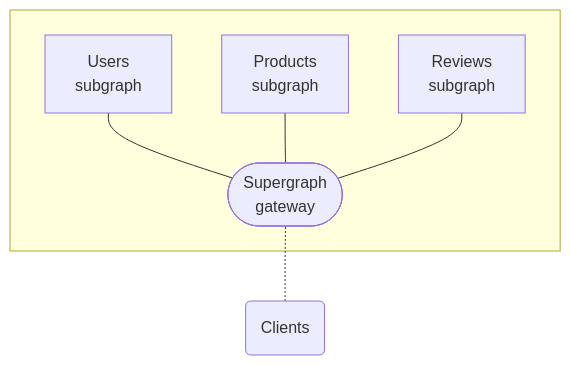
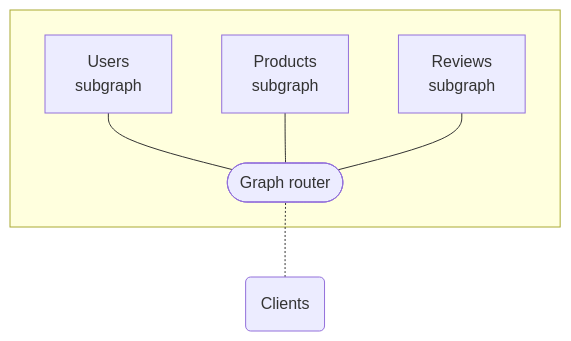
Before and after one commit to apollographql/federation: the second of 8 diagrams in docs/source/index.mdx, drawn with Mermaid. The commit also changed other lines of this file and 8 other files, not shown here.

Commit message:
Migrate language from gateway to router, fix broken links

````diff
--- a/docs/source/index.mdx
+++ b/docs/source/index.mdx
@@ -52,13 +52,13 @@
 ```mermaid
 graph BT;
   clients(Clients);
   subgraph " ";
-  gateway([Supergraph<br/>gateway]);
+  gateway([Graph router]);
   serviceA[Users<br/>subgraph];
   serviceB[Products<br/>subgraph];
   serviceC[Reviews<br/>subgraph];
   gateway --- serviceA & serviceB & serviceC;
   end;
   clients -.- gateway;
   class clients secondary;
 ```
````
